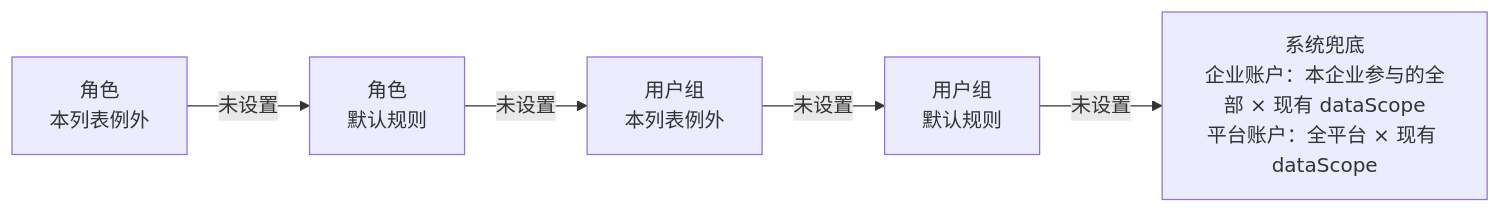
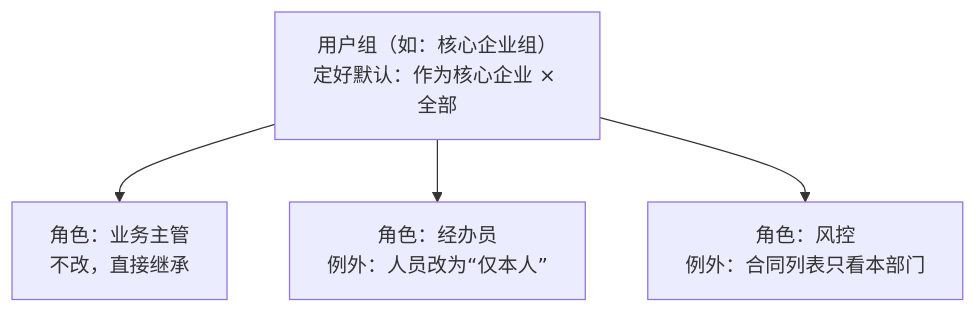
The second of 4 diagrams in private/qianrong_权限系统产品设计与数据权限过滤全景方案.md (duuu233/project-hub), drawn with Mermaid before and after one commit. The commit also changed other lines of this file and 1 other file, not shown here.

````diff
--- a/private/qianrong_权限系统产品设计与数据权限过滤全景方案.md
+++ b/private/qianrong_权限系统产品设计与数据权限过滤全景方案.md
@@ -238,7 +45,7 @@
 ```mermaid
-flowchart LR
-    R1["角色<br/>本列表例外"] -->|"未设置"| R2["角色<br/>默认规则"]
-    R2 -->|"未设置"| G1["用户组<br/>本列表例外"]
-    G1 -->|"未设置"| G2["用户组<br/>默认规则"]
-    G2 -->|"未设置"| S0["系统兜底<br/>企业账户：本企业参与的全部 × 现有 dataScope<br/>平台账户：全平台 × 现有 dataScope"]
+flowchart TD
+    UG["用户组（如：核心企业组）<br/>定好默认：作为核心企业 × 全部"]
+    UG --> R1["角色：业务主管<br/>不改，直接继承"]
+    UG --> R2["角色：经办员<br/>例外：人员改为“仅本人”"]
+    UG --> R3["角色：风控<br/>例外：合同列表只看本部门"]
 ```
````
